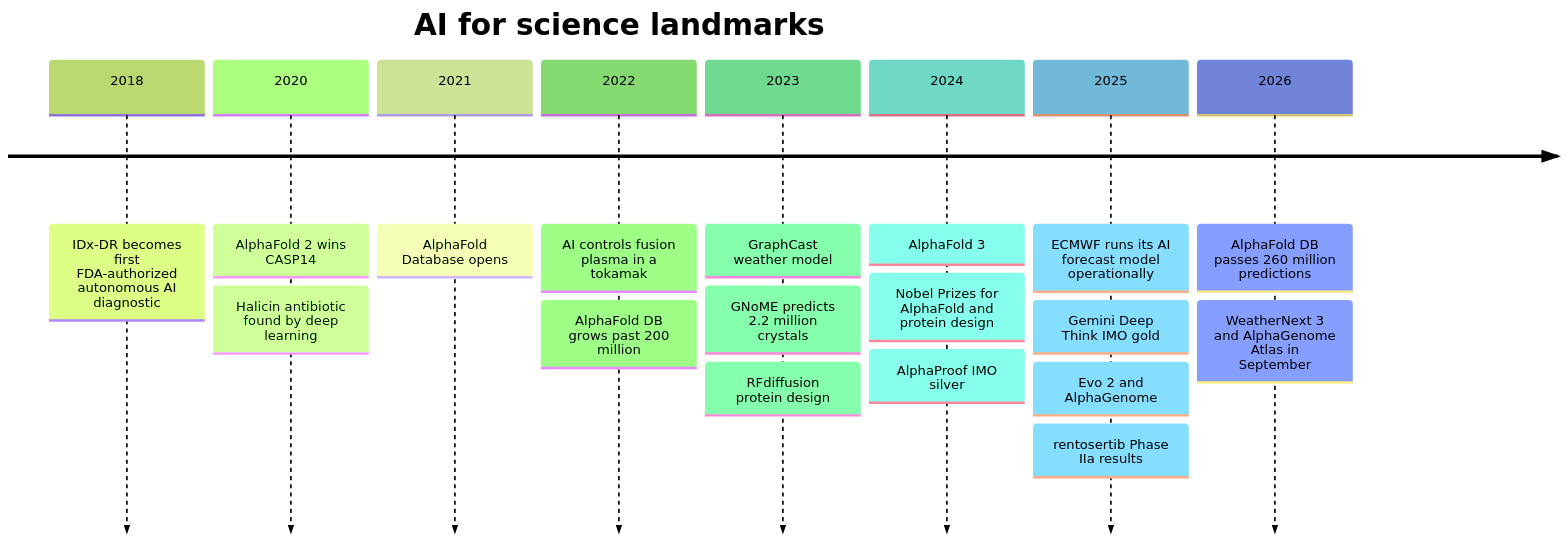
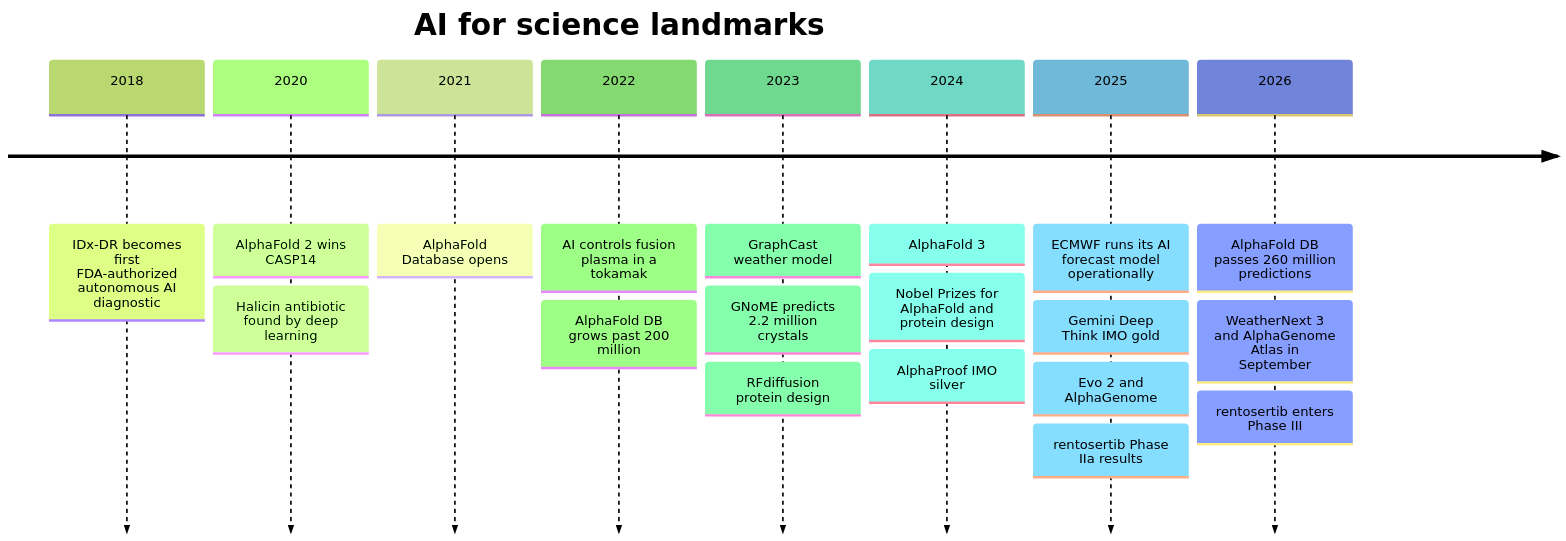
Before and after one commit to mcichael1-eng/Leash-Holder-2: the second of 7 diagrams in ai-book/chapters/52-science-and-medicine.md, drawn with Mermaid (forest theme). The commit also changed other lines of this file and 73 other files, not shown here.

````diff
--- a/ai-book/chapters/52-science-and-medicine.md
+++ b/ai-book/chapters/52-science-and-medicine.md
@@ -53,12 +53,12 @@
 ```mermaid
 timeline
   title AI for science landmarks
   2018 : IDx-DR becomes first FDA-authorized autonomous AI diagnostic
   2020 : AlphaFold 2 wins CASP14 : Halicin antibiotic found by deep learning
   2021 : AlphaFold Database opens
   2022 : AI controls fusion plasma in a tokamak : AlphaFold DB grows past 200 million
   2023 : GraphCast weather model : GNoME predicts 2.2 million crystals : RFdiffusion protein design
   2024 : AlphaFold 3 : Nobel Prizes for AlphaFold and protein design : AlphaProof IMO silver
   2025 : ECMWF runs its AI forecast model operationally : Gemini Deep Think IMO gold : Evo 2 and AlphaGenome : rentosertib Phase IIa results
-  2026 : AlphaFold DB passes 260 million predictions : WeatherNext 3 and AlphaGenome Atlas in September
+  2026 : AlphaFold DB passes 260 million predictions : WeatherNext 3 and AlphaGenome Atlas in September : rentosertib enters Phase III
 ```
````
